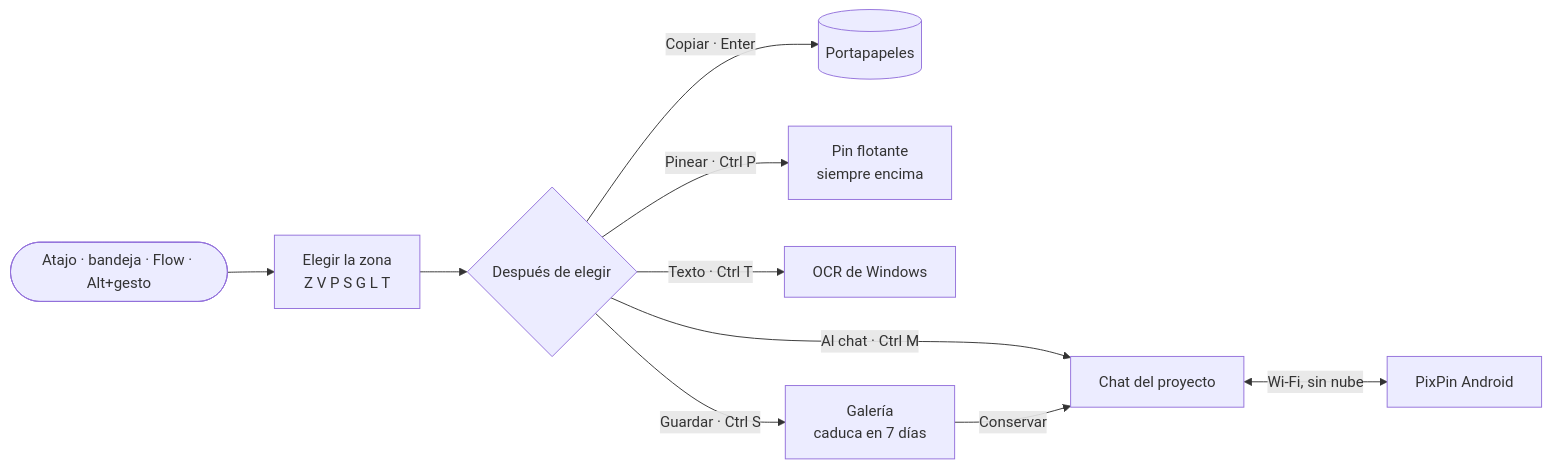
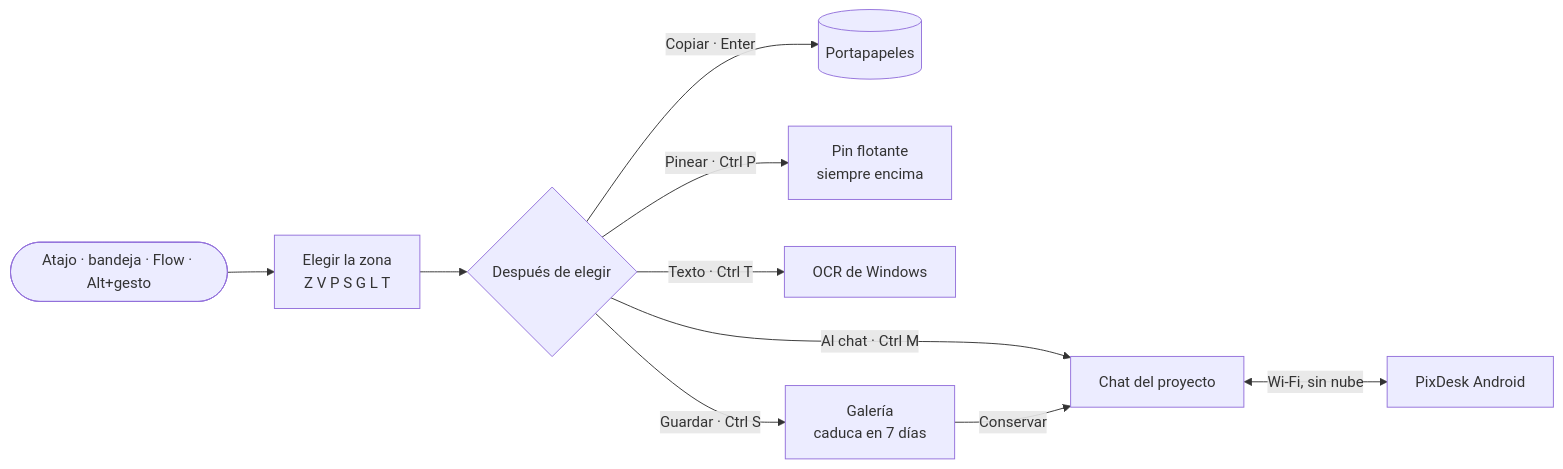
One commit to 1xmanMAX/PIXPIN_PRO_WINDOWS changed the first of 4 diagrams in README.md. Above: the diagram before and after it, drawn with Mermaid. The commit also changed other lines of this file and 11 other files, not shown here.

First line of the commit message:
README y guias: PixDesk, pixdesk.exe y Programs\PixDesk

````diff
--- a/README.md
+++ b/README.md
@@ -94,12 +96,12 @@
 ```mermaid
 flowchart LR
     A([Atajo · bandeja · Flow · Alt+gesto]) --> B[Elegir la zona<br/>Z V P S G L T]
     B --> C{Después de elegir}
     C -->|Copiar · Enter| D[(Portapapeles)]
     C -->|Pinear · Ctrl P| E[Pin flotante<br/>siempre encima]
     C -->|Al chat · Ctrl M| F[Chat del proyecto]
     C -->|Texto · Ctrl T| G[OCR de Windows]
     C -->|Guardar · Ctrl S| H[Galería<br/>caduca en 7 días]
     H -->|Conservar| F
-    F <-->|Wi‑Fi, sin nube| I[PixPin Android]
+    F <-->|Wi‑Fi, sin nube| I[PixDesk Android]
 ```
````
